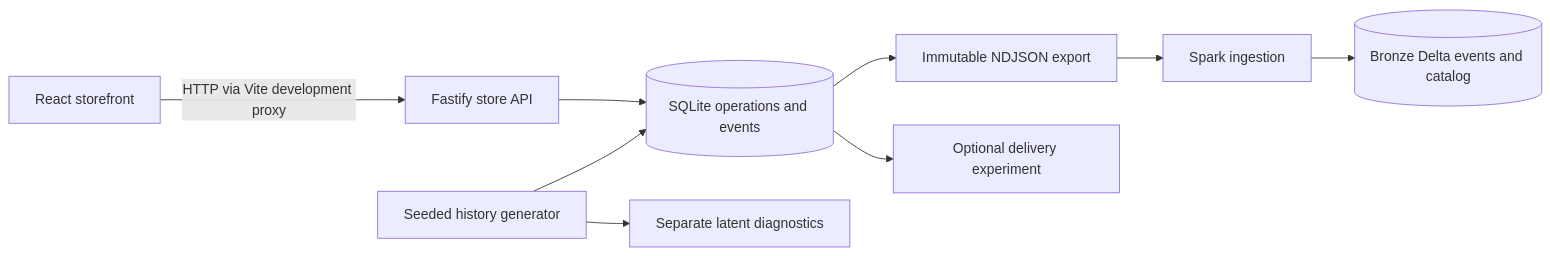
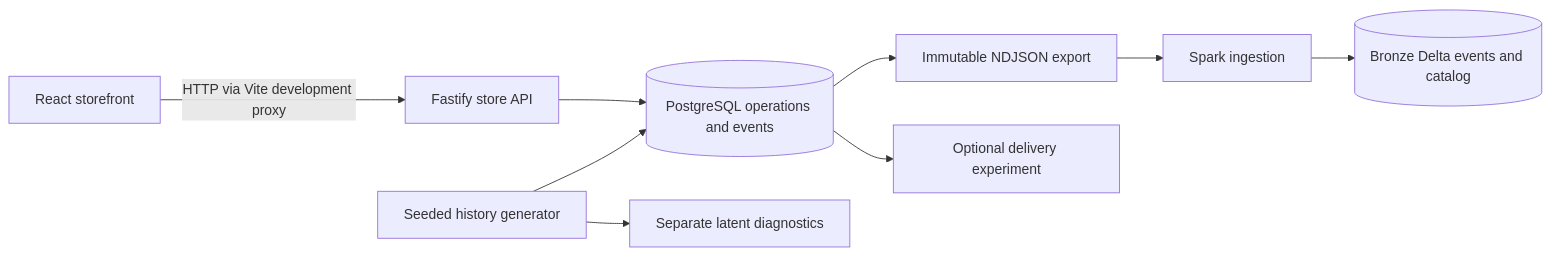
One commit to caiqueanjos/recsys-project changed the diagram in docs/implementation/architecture.md. Above: the diagram before and after it, drawn with Mermaid. The commit also changed other lines of this file and 32 other files, not shown here.

Commit message:
Migrate store persistence from SQLite to PostgreSQL

````diff
--- a/docs/implementation/architecture.md
+++ b/docs/implementation/architecture.md
@@ -5,11 +5,11 @@
 ```mermaid
 flowchart LR
     W[React storefront] -->|HTTP via Vite development proxy| A[Fastify store API]
-    A --> S[(SQLite operations and events)]
+    A --> S[(PostgreSQL operations and events)]
     G[Seeded history generator] --> S
     S --> E[Immutable NDJSON export]
     E --> B[Spark ingestion]
     B --> D[(Bronze Delta events and catalog)]
     G --> X[Separate latent diagnostics]
     S --> Q[Optional delivery experiment]
 ```
````
